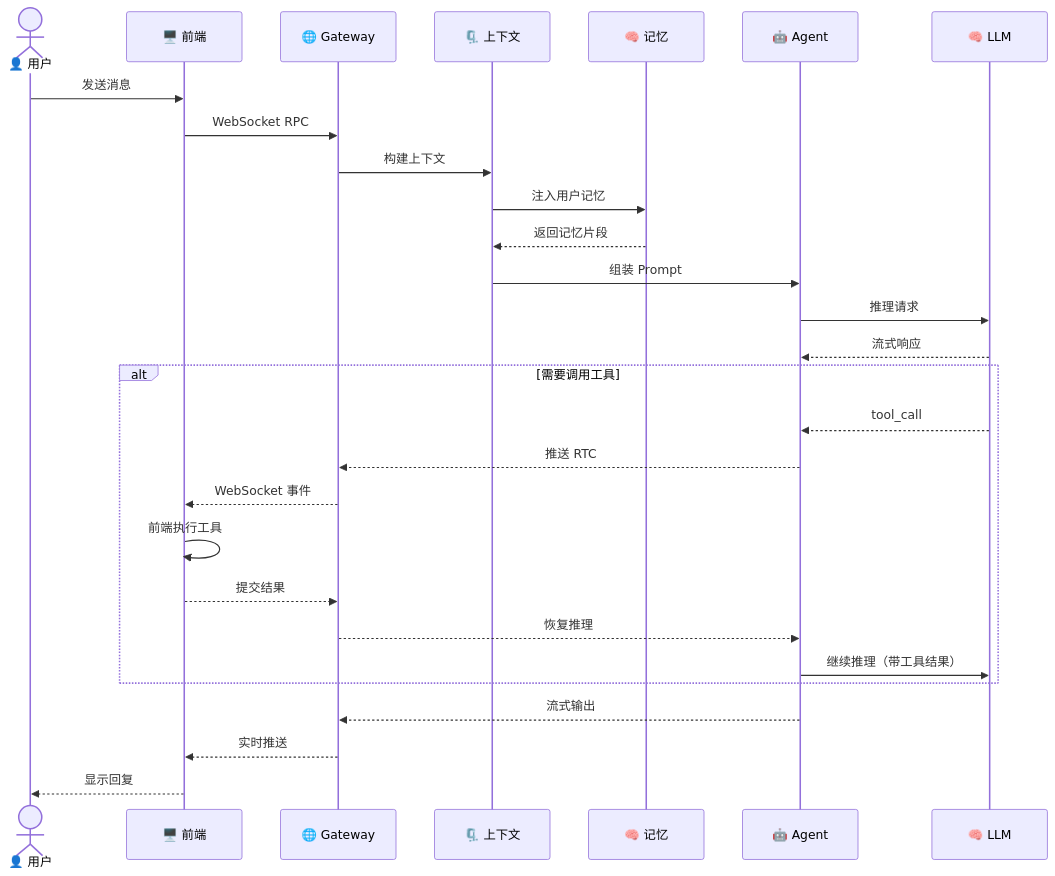
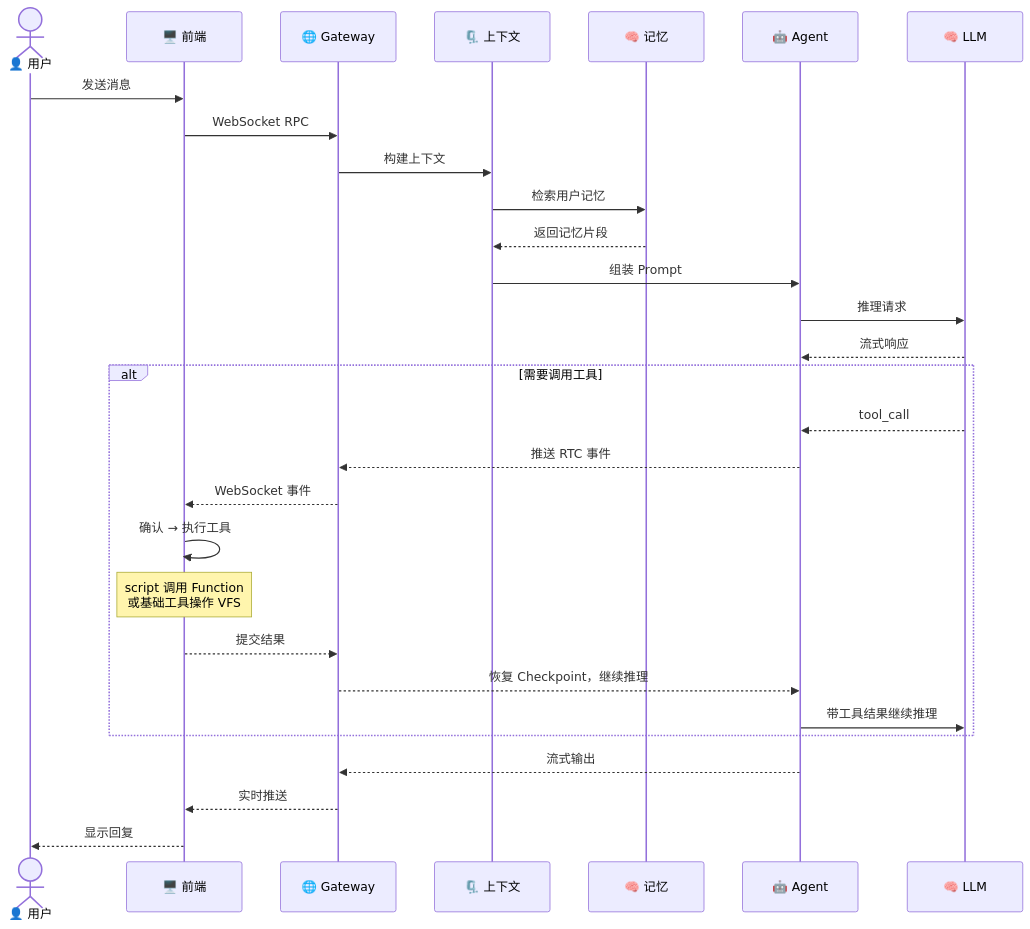
Before and after one commit to rtc-agent/docs: the second of 3 diagrams in src/content/docs/architecture/index.md, drawn with Mermaid. The commit also changed other lines of this file and 60 other files, not shown here.

First line of the commit message:
docs(site): refresh documentation with new sections and improved diagrams

````diff
--- a/src/content/docs/architecture/index.md
+++ b/src/content/docs/architecture/index.md
@@ -83,33 +74,34 @@
 ```mermaid
 sequenceDiagram
     actor User as 👤 用户
     participant FE as 🖥️ 前端
     participant GW as 🌐 Gateway
     participant CTX as 🗜️ 上下文
     participant MEM as 🧠 记忆
     participant AGENT as 🤖 Agent
     participant LLM as 🧠 LLM
 
     User->>FE: 发送消息
     FE->>GW: WebSocket RPC
     GW->>CTX: 构建上下文
-    CTX->>MEM: 注入用户记忆
+    CTX->>MEM: 检索用户记忆
     MEM-->>CTX: 返回记忆片段
     CTX->>AGENT: 组装 Prompt
     AGENT->>LLM: 推理请求
     LLM-->>AGENT: 流式响应
 
     alt 需要调用工具
         LLM-->>AGENT: tool_call
-        AGENT-->>GW: 推送 RTC
+        AGENT-->>GW: 推送 RTC 事件
         GW-->>FE: WebSocket 事件
-        FE->>FE: 前端执行工具
+        FE->>FE: 确认 → 执行工具
+        Note over FE: script 调用 Function<br/>或基础工具操作 VFS
         FE-->>GW: 提交结果
-        GW-->>AGENT: 恢复推理
-        AGENT->>LLM: 继续推理（带工具结果）
+        GW-->>AGENT: 恢复 Checkpoint，继续推理
+        AGENT->>LLM: 带工具结果继续推理
     end
 
     AGENT-->>GW: 流式输出
     GW-->>FE: 实时推送
     FE-->>User: 显示回复
 ```
````
